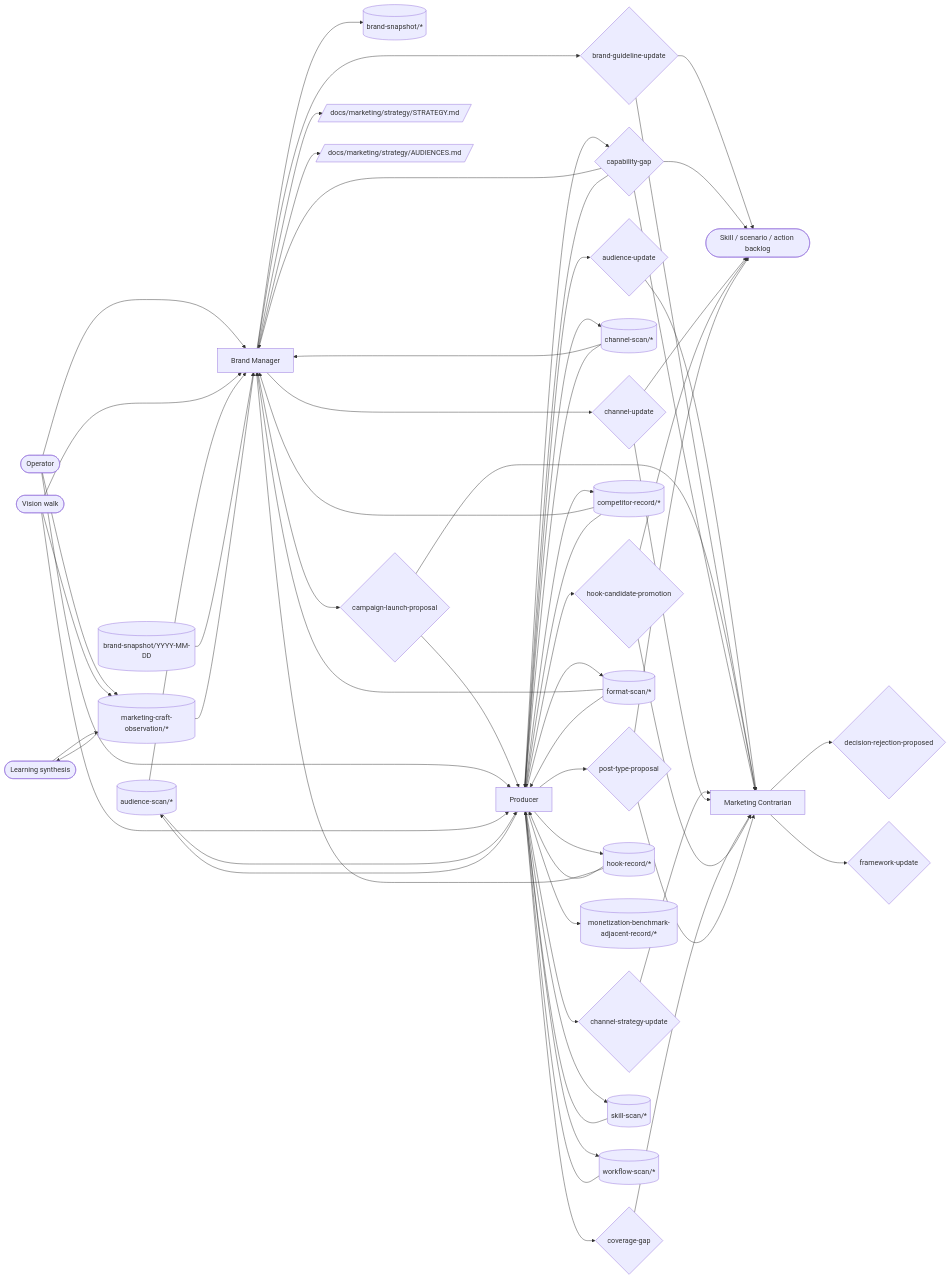
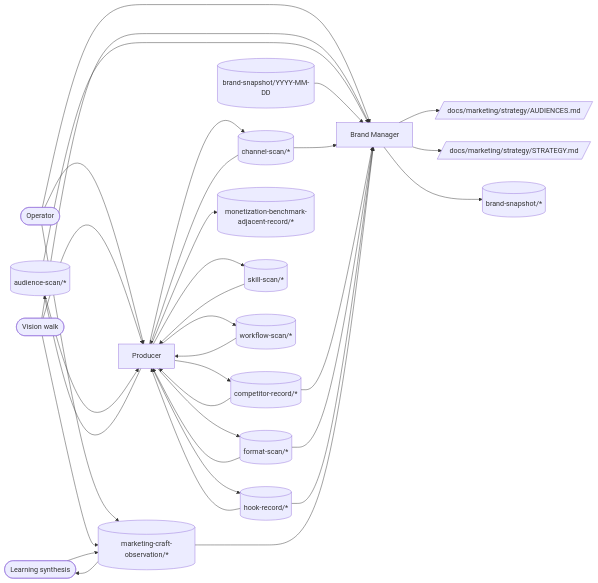
One commit to Vrooli/Vrooli changed the second of 2 diagrams in docs/marketing/operating/OPERATING_MODEL.md. Above: the diagram before and after it, drawn with Mermaid. The commit also changed other lines of this file and 540 other files, not shown here.

```diff
--- a/docs/marketing/operating/OPERATING_MODEL.md
+++ b/docs/marketing/operating/OPERATING_MODEL.md
@@ -124,44 +126,22 @@
 flowchart LR
   %% @node AS topic:audience-scan/*
   AS[(audience-scan/*)]
-  %% @node AUD decision:audience-update
-  AUD{audience-update}
-  %% @node BACKLOG process:skill-scenario-action-backlog
-  BACKLOG([Skill / scenario / action backlog])
-  %% @node BGUIDE decision:brand-guideline-update
-  BGUIDE{brand-guideline-update}
   %% @node BM member:brand-manager
   BM[Brand Manager]
   %% @node BRANDSNAP topic:brand-snapshot/*
   BRANDSNAP[(brand-snapshot/*)]
-  %% @node CAMP decision:campaign-launch-proposal
-  CAMP{campaign-launch-proposal}
+  %% @node BRANDSNAPSHO topic:brand-snapshot/YYYY-MM-DD
+  BRANDSNAPSHO[(brand-snapshot/YYYY-MM-DD)]
   %% @node CANON1 por:docs/marketing/strategy/STRATEGY.md
   CANON1[/docs/marketing/strategy/STRATEGY.md/]
   %% @node CANON2 por:docs/marketing/strategy/AUDIENCES.md
   CANON2[/docs/marketing/strategy/AUDIENCES.md/]
-  %% @node CAP decision:capability-gap
-  CAP{capability-gap}
   %% @node CHAN topic:channel-scan/*
   CHAN[(channel-scan/*)]
-  %% @node CHSTR decision:channel-strategy-update
-  CHSTR{channel-strategy-update}
-  %% @node CHUP decision:channel-update
-  CHUP{channel-update}
   %% @node COMP topic:competitor-record/*
   COMP[(competitor-record/*)]
-  %% @node CONTRA member:marketing-contrarian
-  CONTRA[Marketing Contrarian]
-  %% @node COVGAP decision:coverage-gap
-  COVGAP{coverage-gap}
-  %% @node DREJ decision:decision-rejection-proposed
-  DREJ{decision-rejection-proposed}
   %% @node FORMAT topic:format-scan/*
   FORMAT[(format-scan/*)]
-  %% @node FRAME decision:framework-update
-  FRAME{framework-update}
-  %% @node HCP decision:hook-candidate-promotion
-  HCP{hook-candidate-promotion}
   %% @node HOOK topic:hook-record/*
   HOOK[(hook-record/*)]
   %% @node LEARN process:learning-synthesis
@@ -174,54 +154,22 @@
   OP([Operator])
   %% @node P member:producer
   P[Producer]
-  %% @node POST decision:post-type-proposal
-  POST{post-type-proposal}
   %% @node SKILL topic:skill-scan/*
   SKILL[(skill-scan/*)]
   %% @node VW external:vision-walk
   VW([Vision walk])
   %% @node WF topic:workflow-scan/*
   WF[(workflow-scan/*)]
-  %% @node BRANDSNAPSHO topic:brand-snapshot/YYYY-MM-DD
-  BRANDSNAPSHO[(brand-snapshot/YYYY-MM-DD)]
 
-  AUD --> CONTRA
-  BGUIDE --> CONTRA
-  BGUIDE --> BACKLOG
-  CAMP --> CONTRA
-  CAMP --> P
-  CAP --> BM
-  CAP --> CONTRA
-  CAP --> P
-  CAP --> BACKLOG
-  CHSTR --> CONTRA
-  CHUP --> CONTRA
-  CHUP --> BACKLOG
-  COVGAP --> CONTRA
-  HCP --> CONTRA
-  HCP --> BACKLOG
-  POST --> CONTRA
-  POST --> BACKLOG
   OP --> BM
   OP --> P
   OP --> MCO
   VW --> BM
   VW --> P
   VW --> MCO
-  BM --> BGUIDE
-  BM --> CAMP
-  BM --> CHUP
   BM --> CANON2
   BM --> CANON1
   BM --> BRANDSNAP
-  CONTRA --> DREJ
-  CONTRA --> FRAME
-  P --> AUD
-  P --> CAP
-  P --> CHSTR
-  P --> COVGAP
-  P --> HCP
-  P --> POST
   P --> AS
   P --> CHAN
   P --> COMP
```
